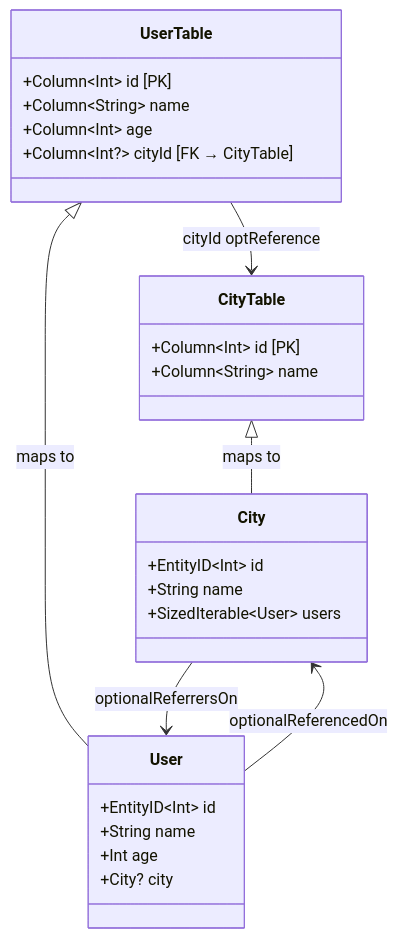
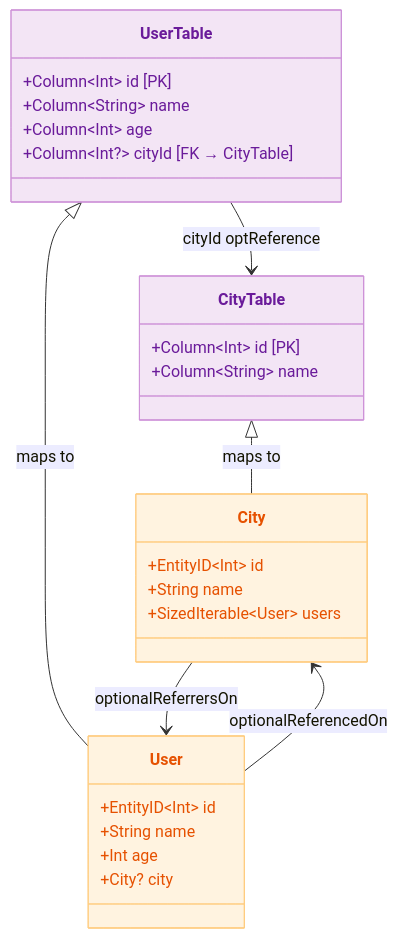
Before and after one commit to bluetape4k/exposed-workshop: the second of 2 diagrams in 03-exposed-basic/exposed-dao-example/README.md, drawn with Mermaid. The commit also changed 56 other files, not shown here.

First line of the commit message:
docs: 전체 README mermaid 다이어그램에 파스텔 톤 색상 적용

````diff
--- a/03-exposed-basic/exposed-dao-example/README.md
+++ b/03-exposed-basic/exposed-dao-example/README.md
@@ -42,30 +42,35 @@
 ```mermaid
 classDiagram
     class CityTable {
         +Column~Int~ id  [PK]
         +Column~String~ name
     }
     class UserTable {
         +Column~Int~ id  [PK]
         +Column~String~ name
         +Column~Int~ age
         +Column~Int?~ cityId  [FK → CityTable]
     }
     class City {
         +EntityID~Int~ id
         +String name
         +SizedIterable~User~ users
     }
     class User {
         +EntityID~Int~ id
         +String name
         +Int age
         +City? city
     }
 
     CityTable <|-- City: maps to
     UserTable <|-- User: maps to
     UserTable --> CityTable: cityId optReference
     City --> User: optionalReferrersOn
     User --> City: optionalReferencedOn
+
+    style CityTable fill:#F3E5F5,stroke:#CE93D8,color:#6A1B9A
+    style UserTable fill:#F3E5F5,stroke:#CE93D8,color:#6A1B9A
+    style City fill:#FFF3E0,stroke:#FFCC80,color:#E65100
+    style User fill:#FFF3E0,stroke:#FFCC80,color:#E65100
 ```
````
